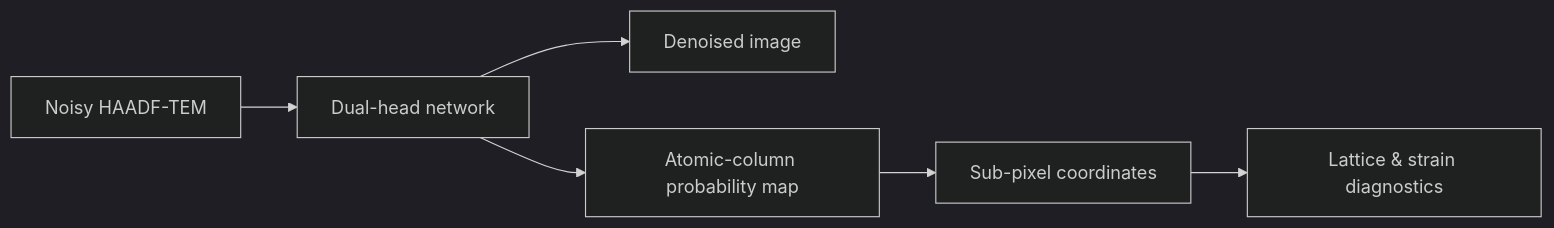
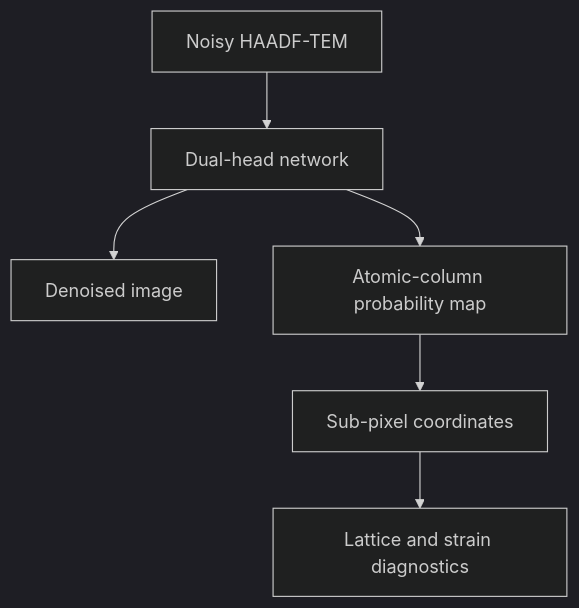
The diagram in README.md (akatsuki2bb/tem-atomic-localization-strain), drawn with Mermaid (dark theme) before and after one commit. The commit also changed other lines of this file, not shown here.

````diff
--- a/README.md
+++ b/README.md
@@ -20,8 +9,8 @@
 ```mermaid
-flowchart LR
+flowchart TD
     A["Noisy HAADF-TEM"] --> B["Dual-head network"]
     B --> C["Denoised image"]
     B --> D["Atomic-column probability map"]
     D --> E["Sub-pixel coordinates"]
-    E --> F["Lattice & strain diagnostics"]
+    E --> F["Lattice and strain diagnostics"]
 ```
````
